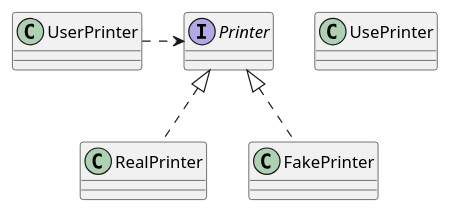
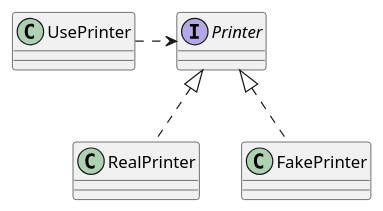
Before and after one commit to walbatrossw/java-design-patterns: the diagram in ch06-singleton-patterns/diagrams/singleton-pattern-useprinter.puml, drawn with PlantUML. The commit also changed 3 other files, not shown here.

```diff
--- a/ch06-singleton-patterns/diagrams/singleton-pattern-useprinter.puml
+++ b/ch06-singleton-patterns/diagrams/singleton-pattern-useprinter.puml
@@ -1,10 +1,10 @@
 @startuml
 class UsePrinter
 interface Printer
 class RealPrinter
 class FakePrinter
 
-UserPrinter .> Printer
+UsePrinter .> Printer
 Printer <|.. RealPrinter
 Printer <|.. FakePrinter
 @enduml
```
